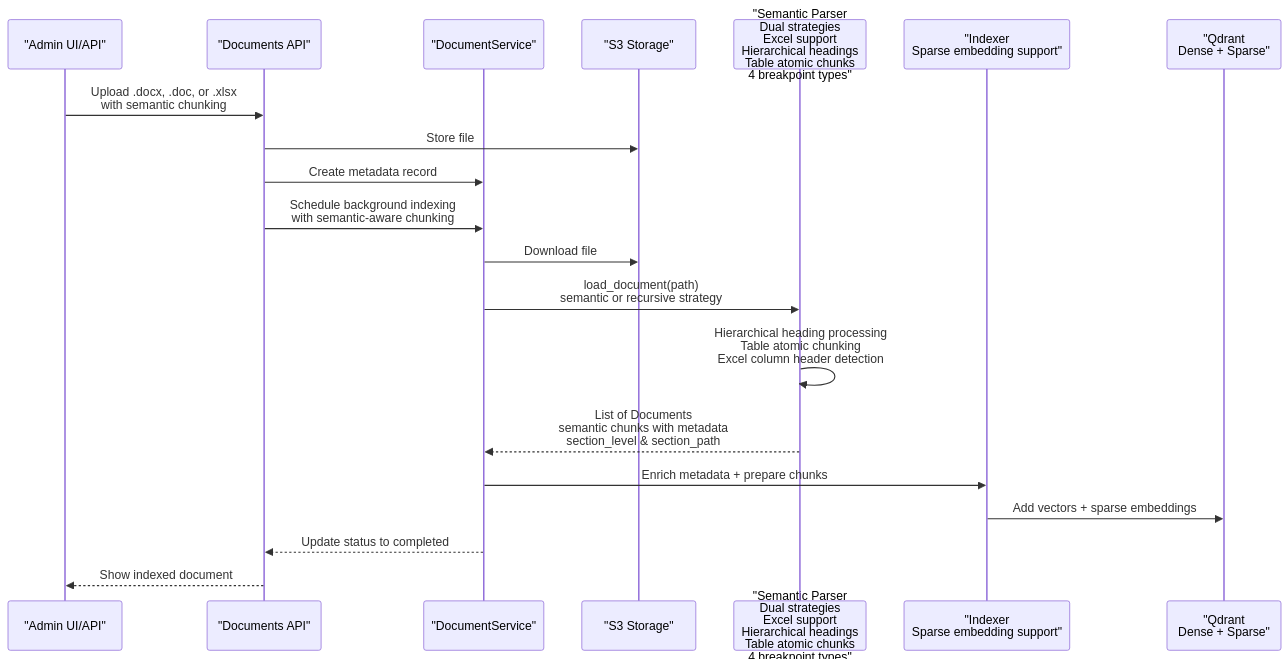
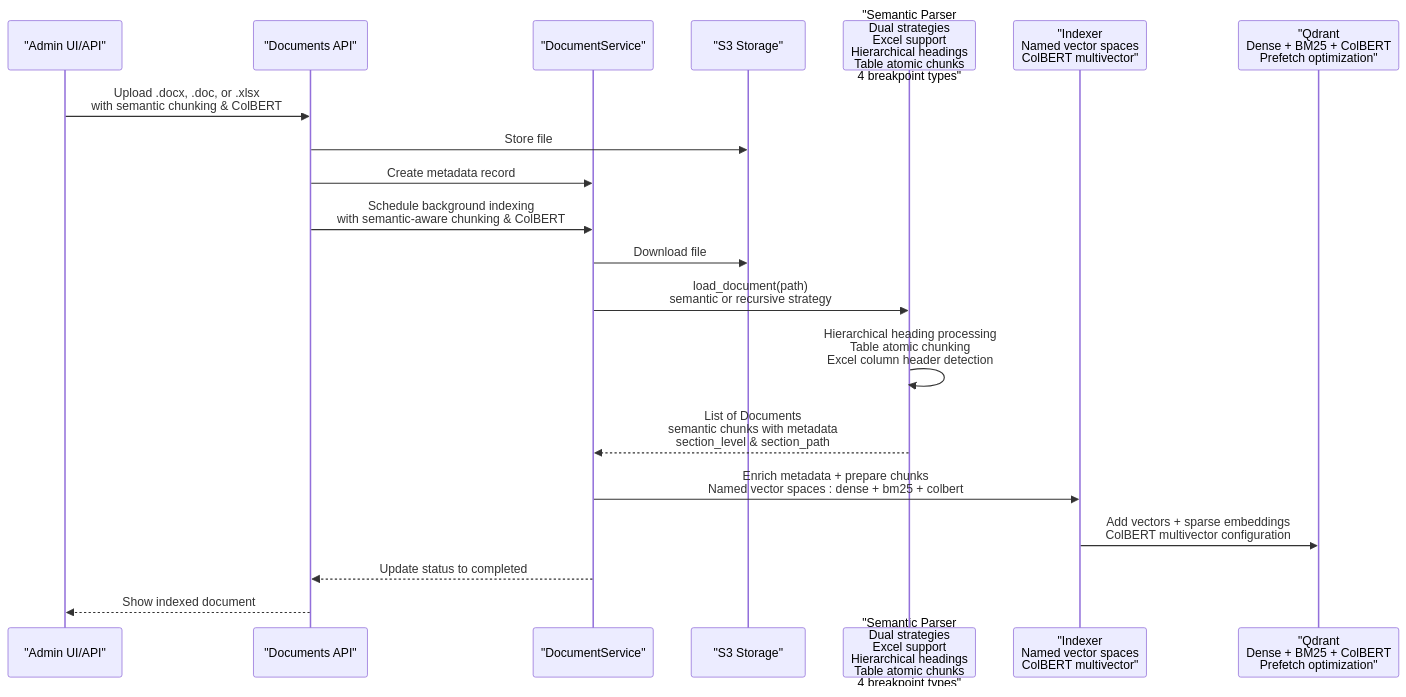
One commit to ognelis/cafetera_hr_bot changed the second of 15 diagrams in .qoder/repowiki/en/content/RAG Integration/RAG Parser Enhancement.md. Above: the diagram before and after it, drawn with Mermaid. The commit also changed other lines of this file and 27 other files, not shown here.

````diff
--- a/.qoder/repowiki/en/content/RAG Integration/RAG Parser Enhancement.md
+++ b/.qoder/repowiki/en/content/RAG Integration/RAG Parser Enhancement.md
@@ -211,22 +235,22 @@
 ```mermaid
 sequenceDiagram
 participant Admin as "Admin UI/API"
 participant API as "Documents API"
 participant Service as "DocumentService"
 participant S3 as "S3 Storage"
 participant Parser as "Semantic Parser<br/>Dual strategies<br/>Excel support<br/>Hierarchical headings<br/>Table atomic chunks<br/>4 breakpoint types"
-participant Indexer as "Indexer<br/>Sparse embedding support"
-participant Qdrant as "Qdrant<br/>Dense + Sparse"
-Admin->>API : Upload .docx, .doc, or .xlsx<br/>with semantic chunking
+participant Indexer as "Indexer<br/>Named vector spaces<br/>ColBERT multivector"
+participant Qdrant as "Qdrant<br/>Dense + BM25 + ColBERT<br/>Prefetch optimization"
+Admin->>API : Upload .docx, .doc, or .xlsx<br/>with semantic chunking & ColBERT
 API->>S3 : Store file
 API->>Service : Create metadata record
-API->>Service : Schedule background indexing<br/>with semantic-aware chunking
+API->>Service : Schedule background indexing<br/>with semantic-aware chunking & ColBERT
 Service->>S3 : Download file
 Service->>Parser : load_document(path)<br/>semantic or recursive strategy
 Parser->>Parser : Hierarchical heading processing<br/>Table atomic chunking<br/>Excel column header detection
 Parser-->>Service : List of Documents<br/>semantic chunks with metadata<br/>section_level & section_path
-Service->>Indexer : Enrich metadata + prepare chunks
-Indexer->>Qdrant : Add vectors + sparse embeddings
+Service->>Indexer : Enrich metadata + prepare chunks<br/>Named vector spaces : dense + bm25 + colbert
+Indexer->>Qdrant : Add vectors + sparse embeddings<br/>ColBERT multivector configuration
 Service-->>API : Update status to completed
 API-->>Admin : Show indexed document
 ```
````
